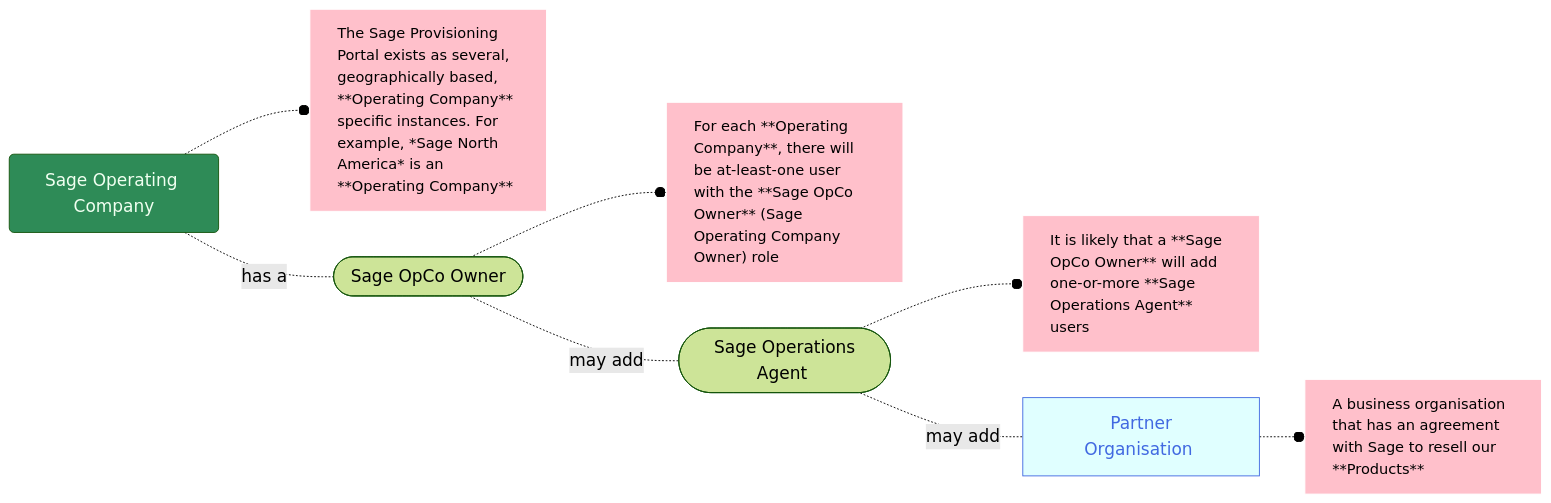
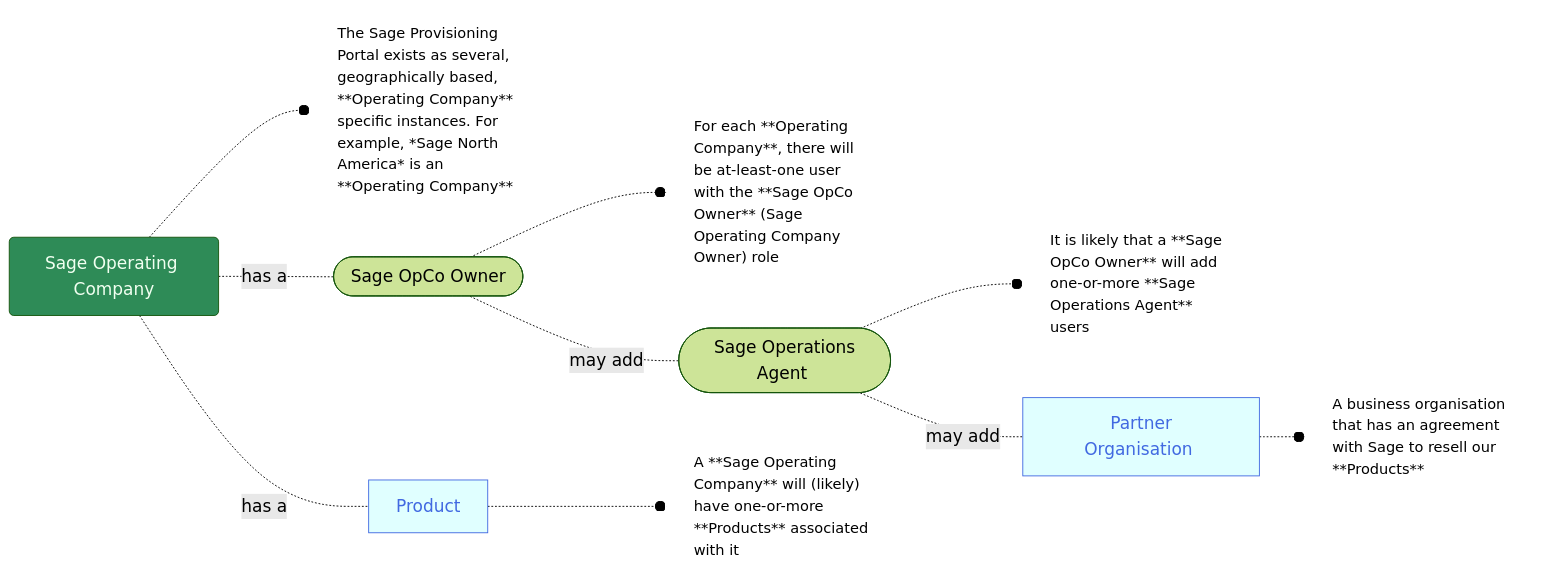
Before and after one commit to joe-dorward/samples: the diagram in 2025_Sage/10_What is an Operating Company.mdx, drawn with Mermaid.

Commit message:
Update 10_What is an Operating Company.mdx

````diff
--- a/2025_Sage/10_What is an Operating Company.mdx
+++ b/2025_Sage/10_What is an Operating Company.mdx
@@ -1,36 +1,42 @@
 ```mermaid
 %%{
   init: {
     'theme': 'forest',
     'themeVariables': {
       'fontSize':'14pt'
     }
   }
 }%%
 flowchart LR
   classDef Sage fill:seagreen, color:honeydew;
   classDef Noun fill:lightcyan, stroke:royalblue, color:royalblue;
-  classDef Note fill:pink, stroke:white, text-align:left, font-size: 95%;
+  classDef Note fill:transparent, stroke:white, text-align:left, font-size: 95%;
 
   SAGE_OPERATING_COMPANY_01(Sage Operating Company)-.-o
   SAGE_OPERATING_COMPANY_01_Note[The Sage Provisioning Portal exists as several, geographically based, **Operating Company** specific instances. For example, *Sage North America* is an **Operating Company**]
 
   SAGE_OPERATING_COMPANY_01-.has a.-
   SAGE_OPCO_OWNER_01([&nbsp;Sage OpCo Owner&nbsp;])-.-o
   SAGE_OPCO_OWNER_01_NOTE["For each **Operating Company**, there will be at-least-one user with the **Sage OpCo Owner** (Sage Operating Company Owner) role"]
+
+  SAGE_OPERATING_COMPANY_01-.has a.-
+  PRODUCT_01["Product"]-.-o
+  PRODUCT_01_NOTE["A **Sage Operating Company** will (likely) have one-or-more **Products** associated with it"]
 
   SAGE_OPCO_OWNER_01-.may add.-
   SAGE_OPERATIONS_AGENT_01([&nbsp;Sage Operations Agent&nbsp;])-.-o
   SAGE_OPERATIONS_AGENT_01_NOTE[It is likely that a **Sage OpCo Owner** will add one-or-more **Sage Operations Agent** users]
 
   SAGE_OPERATIONS_AGENT_01-.may add.-
   PARTNER_ORGANISATION_01[&nbsp;Partner Organisation&nbsp;]-.-o
   PARTNER_ORGANISATION_01_NOTE[A business organisation that has an agreement with Sage to resell our **Products**]
 
   %% ---------- ---------- ---------- ---------- ---------- ---------- ---------- ---------- ---------- ----------
   class SAGE_OPERATING_COMPANY_01 Sage
-  class PARTNER_ORGANISATION_01 Noun
-  class SAGE_OPERATING_COMPANY_01_Note,SAGE_OPCO_OWNER_01_NOTE,SAGE_OPERATIONS_AGENT_01_NOTE,PARTNER_ORGANISATION_01_NOTE Note
+  class PARTNER_ORGANISATION_01,PRODUCT_01 Noun
+  class SAGE_OPERATING_COMPANY_01_Note,SAGE_OPCO_OWNER_01_NOTE Note
+  class PRODUCT_01_NOTE Note
+  class SAGE_OPERATIONS_AGENT_01_NOTE,PARTNER_ORGANISATION_01_NOTE Note
 
 
 ```
````
